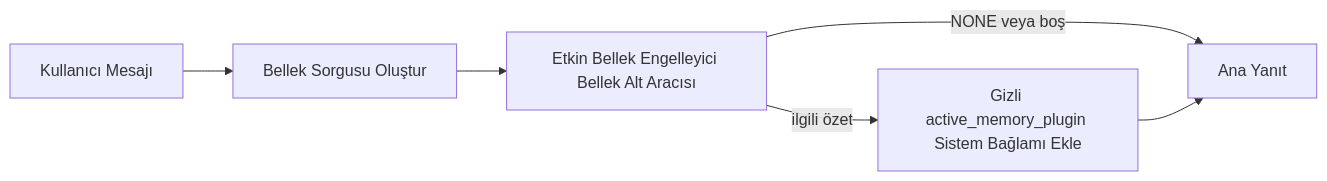
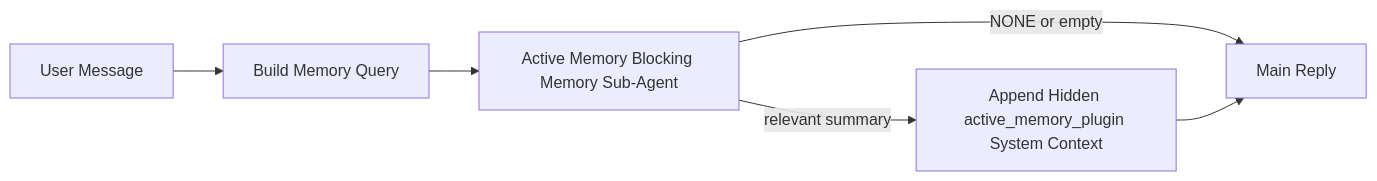
One commit to daichangya/openclaw-docs changed the diagram in docs/tr/concepts/active-memory.md. Above: the diagram before and after it, drawn with Mermaid. The commit also changed other lines of this file and 8 other files, not shown here.

````diff
--- a/docs/tr/concepts/active-memory.md
+++ b/docs/tr/concepts/active-memory.md
@@ -266,8 +267,8 @@
 ```mermaid
 flowchart LR
-  U["Kullanıcı Mesajı"] --> Q["Bellek Sorgusu Oluştur"]
-  Q --> R["Etkin Bellek Engelleyici Bellek Alt Aracısı"]
-  R -->|NONE veya boş| M["Ana Yanıt"]
-  R -->|ilgili özet| I["Gizli active_memory_plugin Sistem Bağlamı Ekle"]
-  I --> M["Ana Yanıt"]
+  U["User Message"] --> Q["Build Memory Query"]
+  Q --> R["Active Memory Blocking Memory Sub-Agent"]
+  R -->|NONE or empty| M["Main Reply"]
+  R -->|relevant summary| I["Append Hidden active_memory_plugin System Context"]
+  I --> M["Main Reply"]
 ```
````
